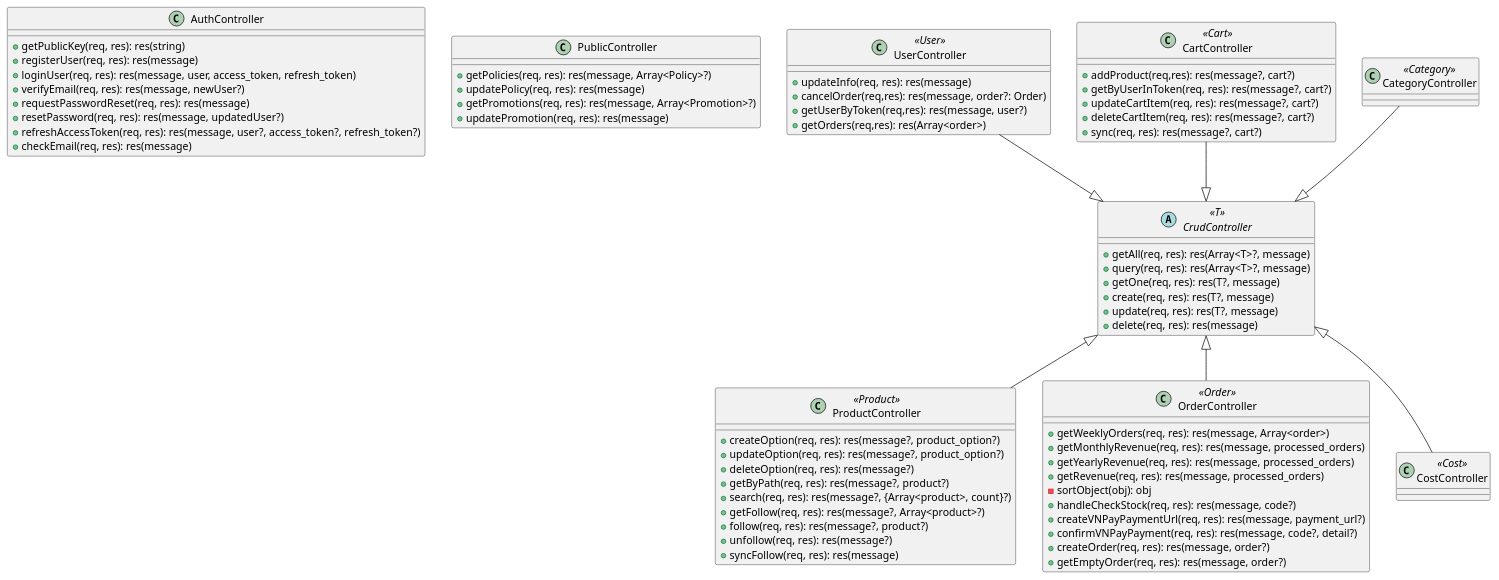
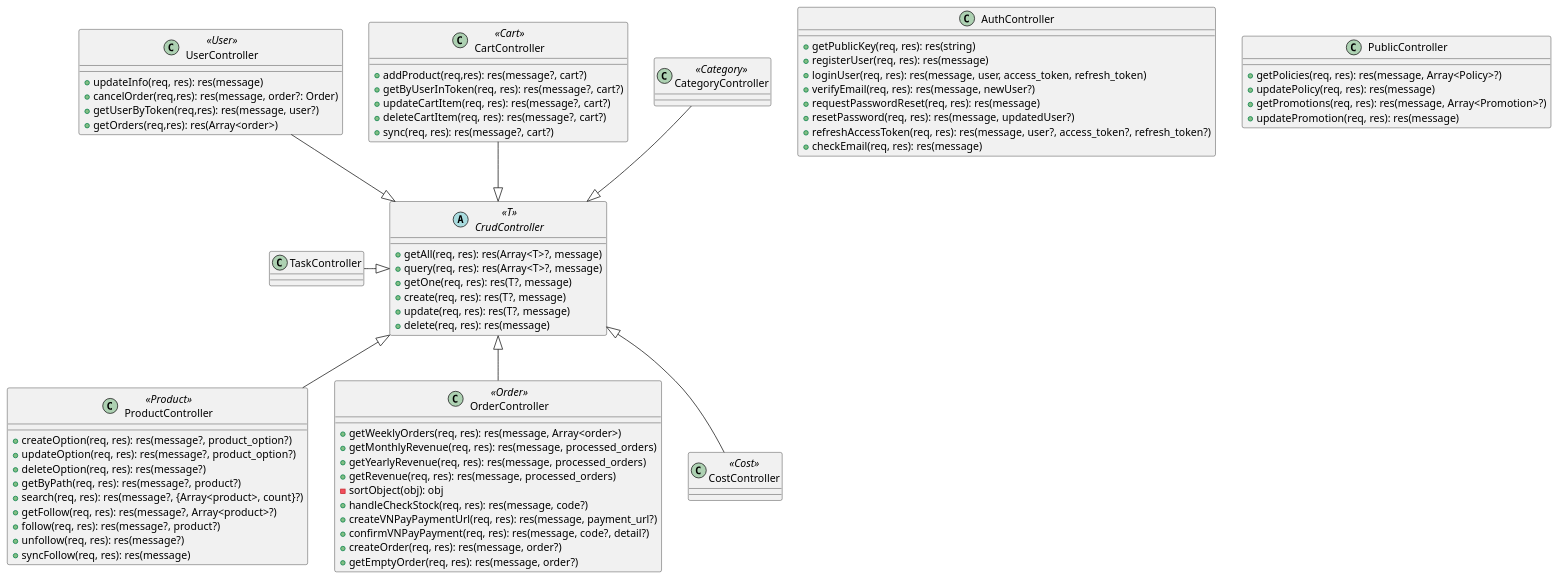
The diagram in puml/class-diagram-controllers.puml (vkq2808/car-accessories-eccomerce), drawn with PlantUML before and after one commit. The commit also changed 16 other files, not shown here.

Commit message:
refactor: remove unused views and rename TaskController, TaskService for consistency then modify pumls

```diff
--- a/puml/class-diagram-controllers.puml
+++ b/puml/class-diagram-controllers.puml
@@ -1,87 +1,91 @@
 @startuml class_diagram_controllers
 skinparam DefaultFontName "Times New Roman"
 skinparam DefaultFontSize 14
 
 class AuthController{
   +getPublicKey(req, res): res(string)
   +registerUser(req, res): res(message)
   +loginUser(req, res): res(message, user, access_token, refresh_token)
   +verifyEmail(req, res): res(message, newUser?)
   +requestPasswordReset(req, res): res(message)
   +resetPassword(req, res): res(message, updatedUser?)
   +refreshAccessToken(req, res): res(message, user?, access_token?, refresh_token?)
   +checkEmail(req, res): res(message)
 }
 
 class PublicController {
   +getPolicies(req, res): res(message, Array<Policy>?)
   +updatePolicy(req, res): res(message)
   +getPromotions(req, res): res(message, Array<Promotion>?)
   +updatePromotion(req, res): res(message)
 }
 
 abstract class CrudController<<T>> {
   +getAll(req, res): res(Array<T>?, message)
   +query(req, res): res(Array<T>?, message)
   +getOne(req, res): res(T?, message)
   +create(req, res): res(T?, message)
   +update(req, res): res(T?, message)
   +delete(req, res): res(message)
 }
 
 class UserController<<User>> {
   +updateInfo(req, res): res(message)
   +cancelOrder(req,res): res(message, order?: Order)
   +getUserByToken(req,res): res(message, user?)
   +getOrders(req,res): res(Array<order>)
 }
 
 class CartController<<Cart>> {
   +addProduct(req,res): res(message?, cart?)
   +getByUserInToken(req, res): res(message?, cart?)
   +updateCartItem(req, res): res(message?, cart?)
   +deleteCartItem(req, res): res(message?, cart?)
   +sync(req, res): res(message?, cart?)
 }
 
 class CategoryController<<Category>> {
 }
 
 
 class ProductController<<Product>> {
   +createOption(req, res): res(message?, product_option?)
   +updateOption(req, res): res(message?, product_option?)
   +deleteOption(req, res): res(message?)
   +getByPath(req, res): res(message?, product?)
   +search(req, res): res(message?, {Array<product>, count}?)
   +getFollow(req, res): res(message?, Array<product>?)
   +follow(req, res): res(message?, product?)
   +unfollow(req, res): res(message?)
   +syncFollow(req, res): res(message)
 }
 
 class OrderController<<Order>> {
   +getWeeklyOrders(req, res): res(message, Array<order>)
   +getMonthlyRevenue(req, res): res(message, processed_orders)
   +getYearlyRevenue(req, res): res(message, processed_orders)
   +getRevenue(req, res): res(message, processed_orders)
   -sortObject(obj): obj
   +handleCheckStock(req, res): res(message, code?)
   +createVNPayPaymentUrl(req, res): res(message, payment_url?)
   +confirmVNPayPayment(req, res): res(message, code?, detail?)
   +createOrder(req, res): res(message, order?)
   +getEmptyOrder(req, res): res(message, order?)
 }
 
 class CostController<<Cost>> {
 }
 
+class TaskController {}
+
 CategoryController --|> CrudController
 CartController --|> CrudController
 UserController --|> CrudController
 
 CrudController <|-- ProductController
 CrudController <|-- OrderController
 CrudController <|-- CostController
 
+TaskController -right-|> CrudController
+
 @enduml
```
